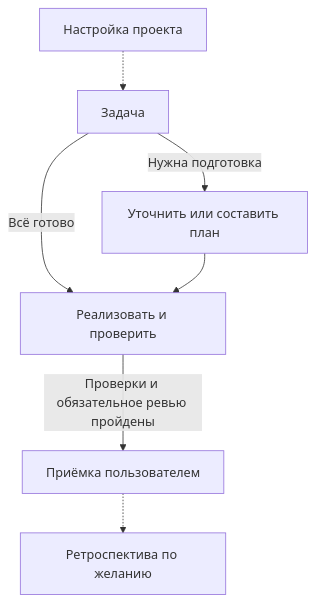
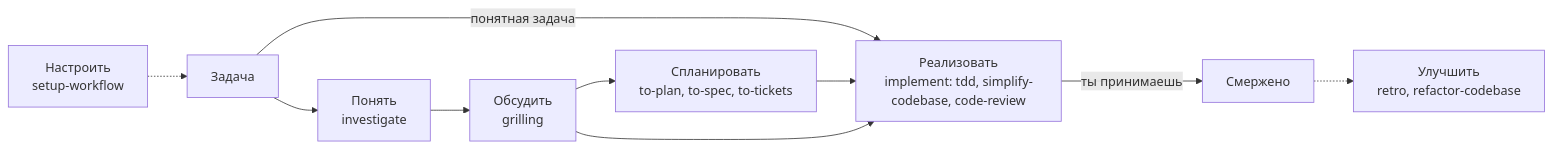
The diagram in docs/README.ru.md (FOZERY/agent-workflow), drawn with Mermaid before and after one commit. The commit also changed other lines of this file and 3 other files, not shown here.

````diff
--- a/docs/README.ru.md
+++ b/docs/README.ru.md
@@ -35,9 +28,12 @@
 ```mermaid
-flowchart TB
-    Setup["Настройка проекта"] -.-> Task["Задача"]
-    Task -->|Нужна подготовка| Prepare["Уточнить или составить план"]
-    Task -->|Всё готово| Build["Реализовать и проверить"]
-    Prepare --> Build
-    Build -->|Проверки и обязательное ревью пройдены| Accept["Приёмка пользователем"]
-    Accept -.-> Retro["Ретроспектива по желанию"]
+flowchart LR
+    Setup["Настроить<br/>setup-workflow"] -.-> Task[Задача]
+    Task --> Understand["Понять<br/>investigate"]
+    Understand --> Discuss["Обсудить<br/>grilling"]
+    Task -->|понятная задача| Build
+    Discuss --> Plan["Спланировать<br/>to-plan, to-spec, to-tickets"]
+    Plan --> Build["Реализовать<br/>implement: tdd, simplify-codebase, code-review"]
+    Discuss --> Build
+    Build -->|ты принимаешь| Done[Смержено]
+    Done -.-> Improve["Улучшить<br/>retro, refactor-codebase"]
 ```
````
